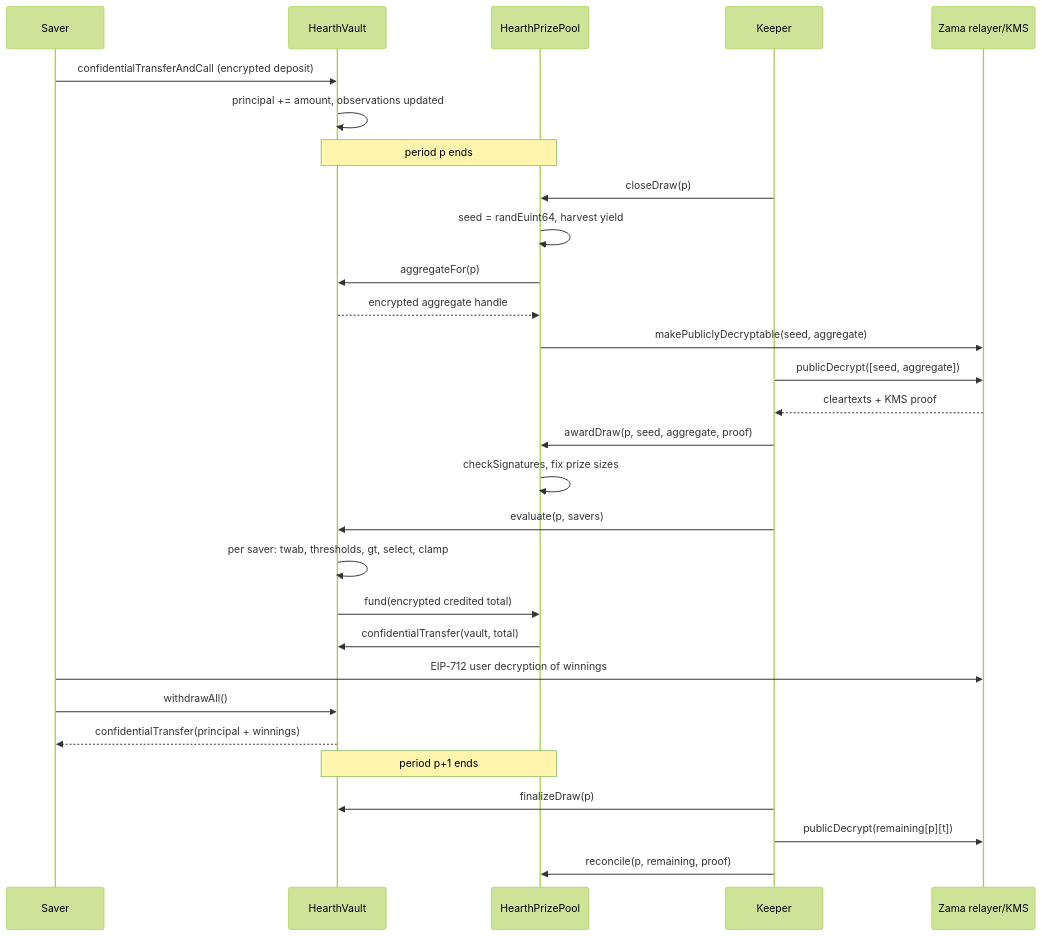
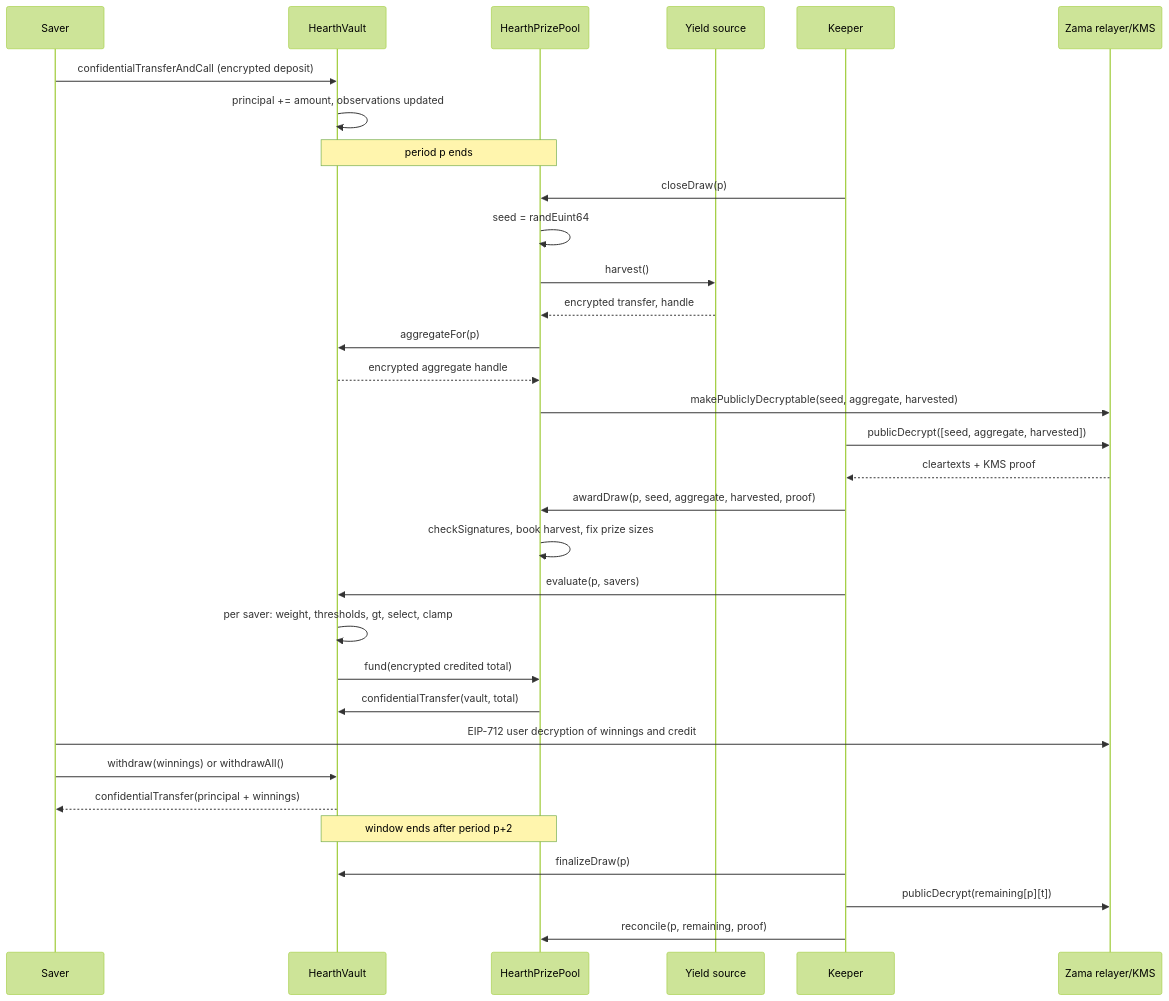
Before and after one commit to ramakrishnanhulk20/hearth: the second of 3 diagrams in ARCHITECTURE.md, drawn with Mermaid (forest theme). The commit also changed other lines of this file and 33 other files, not shown here.

First line of the commit message:
Hearth contracts, first draft: vault, prize pool, sponsored yield source

````diff
--- a/ARCHITECTURE.md
+++ b/ARCHITECTURE.md
@@ -214,32 +297,35 @@
 ```mermaid
 sequenceDiagram
     participant S as Saver
     participant V as HearthVault
     participant P as HearthPrizePool
+    participant Y as Yield source
     participant K as Keeper
     participant Z as Zama relayer/KMS
 
     S->>V: confidentialTransferAndCall (encrypted deposit)
     V->>V: principal += amount, observations updated
     Note over V,P: period p ends
     K->>P: closeDraw(p)
-    P->>P: seed = randEuint64, harvest yield
+    P->>P: seed = randEuint64
+    P->>Y: harvest()
+    Y-->>P: encrypted transfer, handle
     P->>V: aggregateFor(p)
     V-->>P: encrypted aggregate handle
-    P->>Z: makePubliclyDecryptable(seed, aggregate)
-    K->>Z: publicDecrypt([seed, aggregate])
+    P->>Z: makePubliclyDecryptable(seed, aggregate, harvested)
+    K->>Z: publicDecrypt([seed, aggregate, harvested])
     Z-->>K: cleartexts + KMS proof
-    K->>P: awardDraw(p, seed, aggregate, proof)
-    P->>P: checkSignatures, fix prize sizes
+    K->>P: awardDraw(p, seed, aggregate, harvested, proof)
+    P->>P: checkSignatures, book harvest, fix prize sizes
     K->>V: evaluate(p, savers)
-    V->>V: per saver: twab, thresholds, gt, select, clamp
+    V->>V: per saver: weight, thresholds, gt, select, clamp
     V->>P: fund(encrypted credited total)
     P->>V: confidentialTransfer(vault, total)
-    S->>Z: EIP-712 user decryption of winnings
-    S->>V: withdrawAll()
+    S->>Z: EIP-712 user decryption of winnings and credit
+    S->>V: withdraw(winnings) or withdrawAll()
     V-->>S: confidentialTransfer(principal + winnings)
-    Note over V,P: period p+1 ends
+    Note over V,P: window ends after period p+2
     K->>V: finalizeDraw(p)
     K->>Z: publicDecrypt(remaining[p][t])
     K->>P: reconcile(p, remaining, proof)
 ```
````
